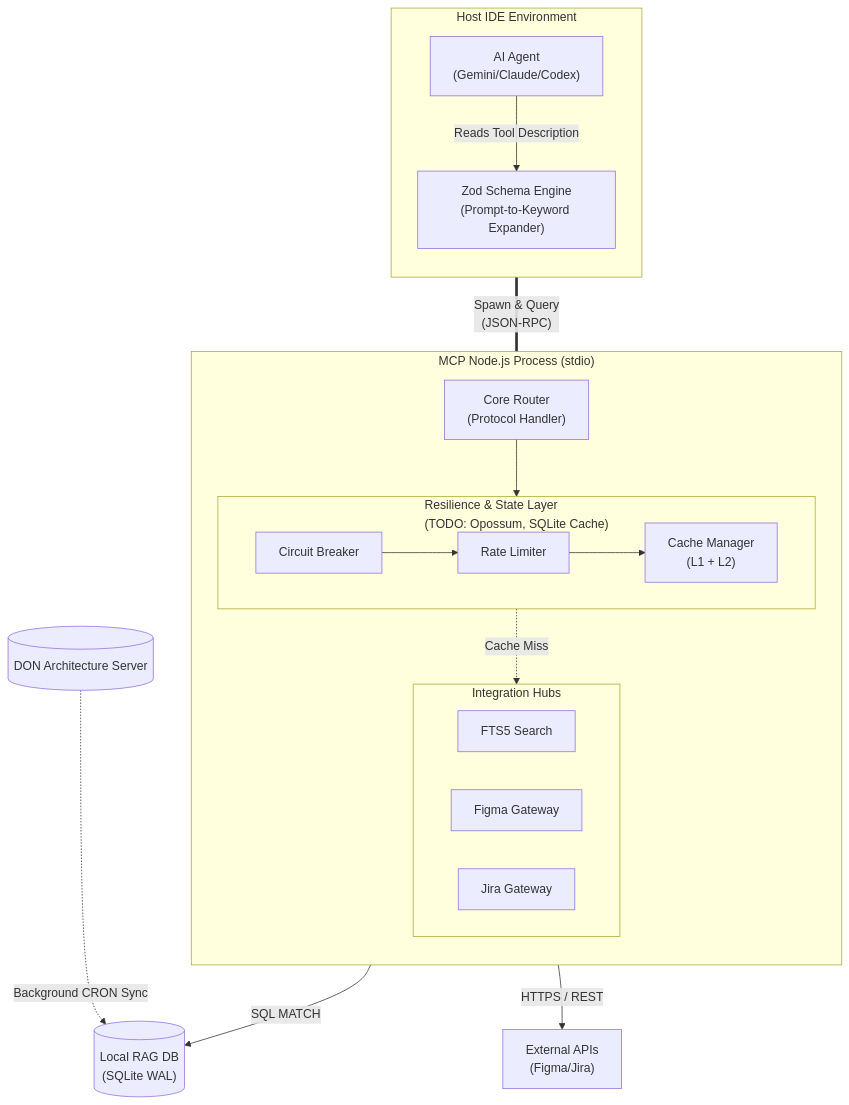
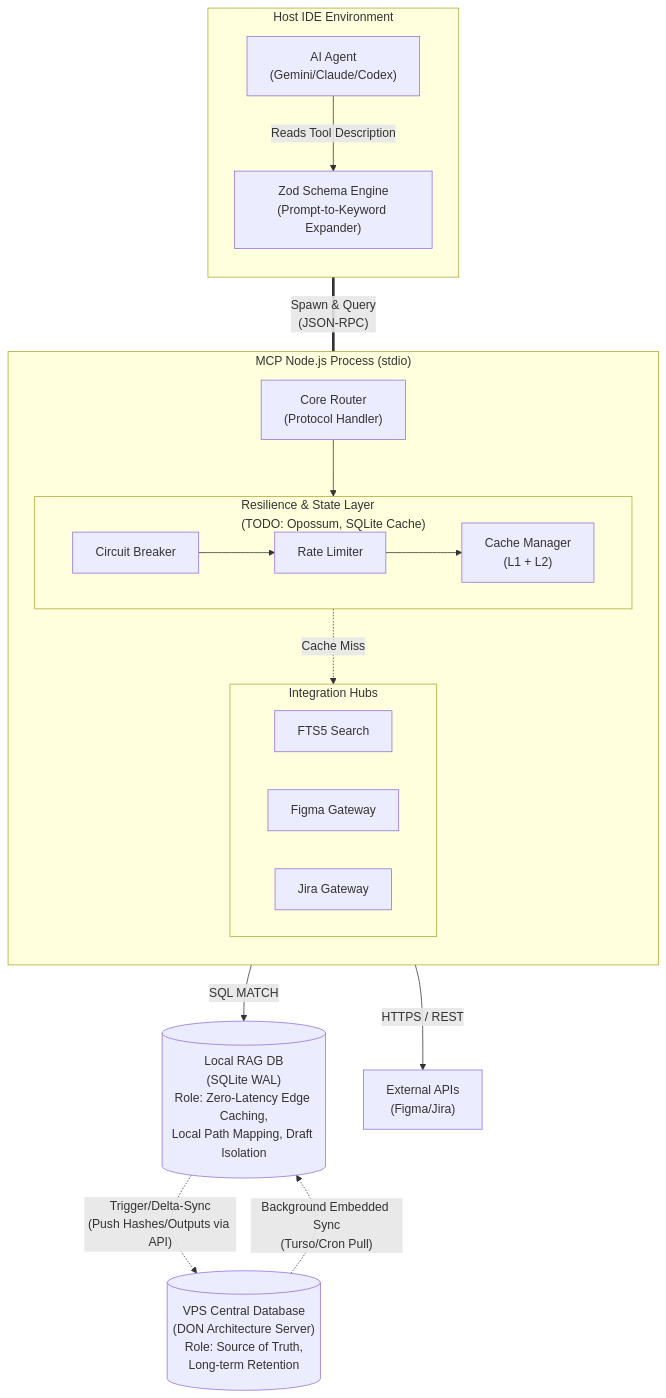
Before and after one commit to cachep-xidau/MCP-server: the third of 4 diagrams in README.md, drawn with Mermaid. The commit also changed other lines of this file, not shown here.

Commit message:
docs: enrich C4 diagrams with local SQLite roles and sync mechanism

````diff
--- a/README.md
+++ b/README.md
@@ -88,42 +88,43 @@
 ```mermaid
 flowchart TD
     subgraph HostIDE["Host IDE Environment"]
         direction TB
         Agent["AI Agent\n(Gemini/Claude/Codex)"]
         Expander["Zod Schema Engine\n(Prompt-to-Keyword Expander)"]
         Agent -- "Reads Tool Description" --> Expander
     end
 
     subgraph MCP_Process["MCP Node.js Process (stdio)"]
         direction TB
         Router["Core Router\n(Protocol Handler)"]
 
         subgraph ResilienceLayer["Resilience & State Layer\n(TODO: Opossum, SQLite Cache)"]
             direction LR
             Breaker["Circuit Breaker"]
             Limiter["Rate Limiter"]
             Cache["Cache Manager\n(L1 + L2)"]
         end
 
         subgraph ToolsLayer["Integration Hubs"]
             direction LR
             T_Search["FTS5 Search"]
             T_Figma["Figma Gateway"]
             T_Jira["Jira Gateway"]
         end
 
         Router --> ResilienceLayer
         Breaker --> Limiter
         Limiter --> Cache
         Cache -. "Cache Miss" .-> ToolsLayer
     end
 
-    LocalDB[("Local RAG DB\n(SQLite WAL)")]
-    MasterDB[("DON Architecture Server")]
+    LocalDB[("Local RAG DB\n(SQLite WAL)\nRole: Zero-Latency Edge Caching,\nLocal Path Mapping, Draft Isolation")]
+    MasterDB[("VPS Central Database\n(DON Architecture Server)\nRole: Source of Truth,\nLong-term Retention")]
     ExtAPIs["External APIs\n(Figma/Jira)"]
 
     Expander == "Spawn & Query\n(JSON-RPC)" === Router
     T_Search -- "SQL MATCH" --> LocalDB
     ToolsLayer -- "HTTPS / REST" --> ExtAPIs
-    MasterDB -. "Background CRON Sync" .-> LocalDB
+    LocalDB -. "Trigger/Delta-Sync\n(Push Hashes/Outputs via API)" .-> MasterDB
+    MasterDB -. "Background Embedded Sync\n(Turso/Cron Pull)" .-> LocalDB
 ```
````
